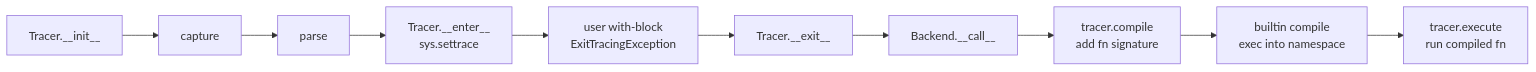
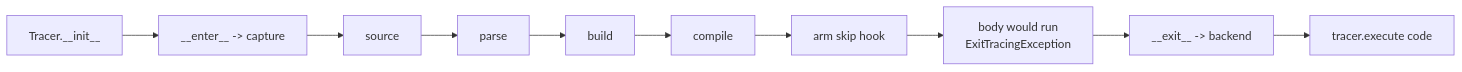
The diagram in docs/developing/tracing-pipeline.md (ndif-team/nnsight), drawn with Mermaid before and after one commit. The commit also changed other lines of this file and 387 other files, not shown here.

````diff
--- a/docs/developing/tracing-pipeline.md
+++ b/docs/developing/tracing-pipeline.md
@@ -26,17 +28,13 @@
 ```mermaid
 flowchart LR
-  A[Tracer.__init__] --> B[capture]
-  B --> C[parse]
-  C --> D[Tracer.__enter__
-sys.settrace]
-  D --> E[user with-block
+  A[Tracer.__init__] --> B[__enter__ -> capture]
+  B --> C[source]
+  C --> D[parse]
+  D --> E[build]
+  E --> F[compile]
+  F --> G[arm skip hook]
+  G --> H[body would run
 ExitTracingException]
-  E --> F[Tracer.__exit__]
-  F --> G[Backend.__call__]
-  G --> H[tracer.compile
-add fn signature]
-  H --> I[builtin compile
-exec into namespace]
-  I --> J[tracer.execute
-run compiled fn]
+  H --> I[__exit__ -> backend]
+  I --> J[tracer.execute code]
 ```
````
